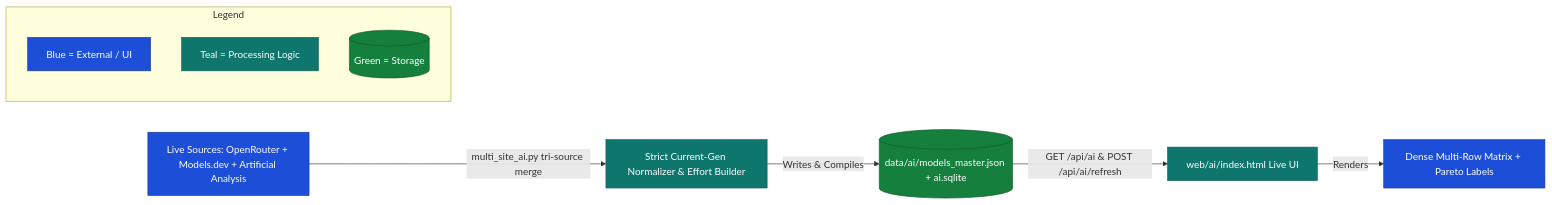
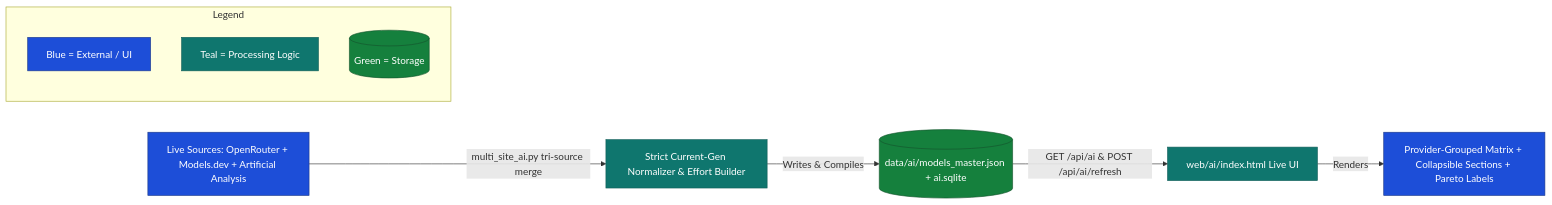
The second of 12 diagrams in docs/ARCHITECTURE.md (Mostakim2005/database-manager), drawn with Mermaid before and after one commit. The commit also changed other lines of this file and 11 other files, not shown here.

````diff
--- a/docs/ARCHITECTURE.md
+++ b/docs/ARCHITECTURE.md
@@ -93,18 +93,18 @@
 ```mermaid
 flowchart LR
     %% Color Definitions
     classDef startNode fill:#1d4ed8,stroke:#1e3a8a,color:#ffffff
     classDef processNode fill:#0f766e,stroke:#115e59,color:#ffffff
     classDef dataNode fill:#15803d,stroke:#14532d,color:#ffffff
 
     A1[Live Sources: OpenRouter + Models.dev + Artificial Analysis]:::startNode -->|multi_site_ai.py tri-source merge| A2[Strict Current-Gen Normalizer & Effort Builder]:::processNode
     A2 -->|Writes & Compiles| A3[(data/ai/models_master.json + ai.sqlite)]:::dataNode
     A3 -->|GET /api/ai & POST /api/ai/refresh| A4[web/ai/index.html Live UI]:::processNode
-    A4 -->|Renders| A5[Dense Multi-Row Matrix + Pareto Labels]:::startNode
+    A4 -->|Renders| A5[Provider-Grouped Matrix + Collapsible Sections + Pareto Labels]:::startNode
 
     subgraph Legend["Legend"]
         L1[Blue = External / UI]:::startNode
         L2[Teal = Processing Logic]:::processNode
         L3[(Green = Storage)]:::dataNode
     end
 ```
````
